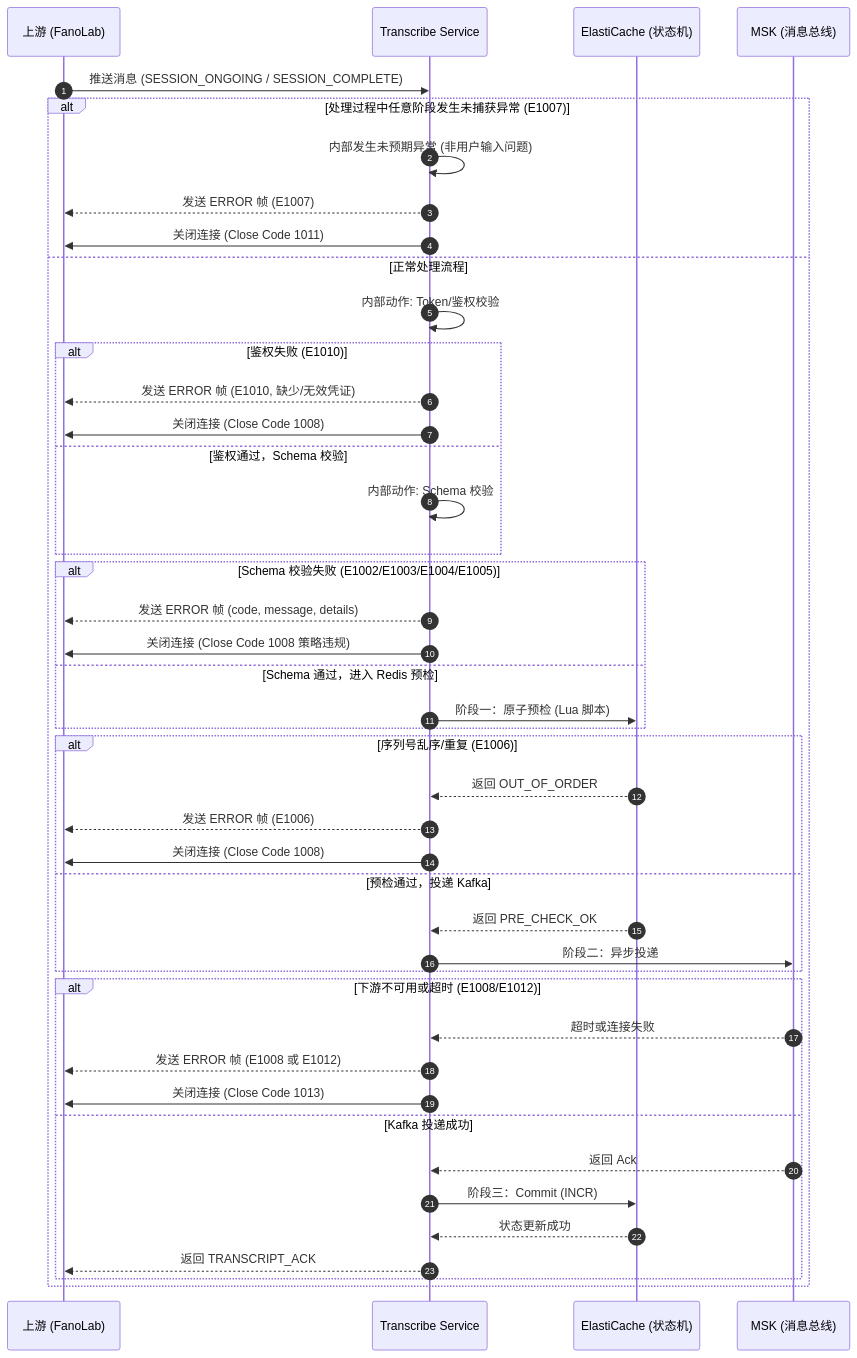
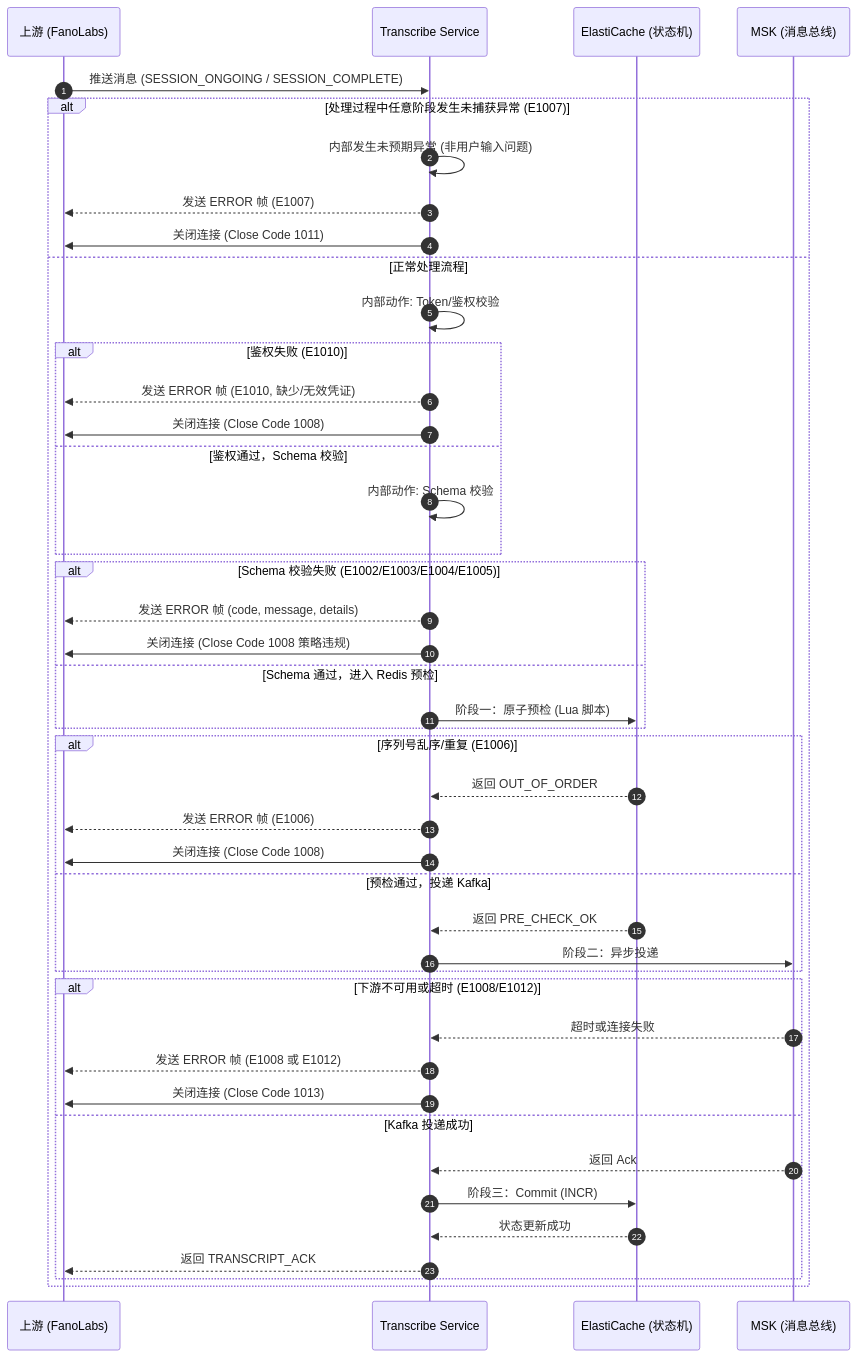
The fifth of 6 diagrams in transcribe service/application-design_zh.md (xiaodouya001/Docs), drawn with Mermaid before and after one commit. The commit also changed other lines of this file and 1 other file, not shown here.

Commit message:
Corrected spelling of "FanoLab" to "FanoLabs" in multiple documents related to the Transcribe Service.

````diff
--- a/transcribe service/application-design_zh.md
+++ b/transcribe service/application-design_zh.md
@@ -189,51 +189,51 @@
 ```mermaid
 sequenceDiagram
     autonumber
-    participant Vendor as 上游 (FanoLab)
+    participant Vendor as 上游 (FanoLabs)
     participant Trans as Transcribe Service
     participant Redis as ElastiCache (状态机)
     participant Kafka as MSK (消息总线)
 
     Vendor->>Trans: 推送消息 (SESSION_ONGOING / SESSION_COMPLETE)
 
     alt 处理过程中任意阶段发生未捕获异常 (E1007)
         Trans->>Trans: 内部发生未预期异常 (非用户输入问题)
         Trans-->>Vendor: 发送 ERROR 帧 (E1007)
         Trans->>Vendor: 关闭连接 (Close Code 1011)
     else 正常处理流程
         Trans->>Trans: 内部动作: Token/鉴权校验
         alt 鉴权失败 (E1010)
             Trans-->>Vendor: 发送 ERROR 帧 (E1010, 缺少/无效凭证)
             Trans->>Vendor: 关闭连接 (Close Code 1008)
         else 鉴权通过，Schema 校验
             Trans->>Trans: 内部动作: Schema 校验
         end
 
         alt Schema 校验失败 (E1002/E1003/E1004/E1005)
             Trans-->>Vendor: 发送 ERROR 帧 (code, message, details)
             Trans->>Vendor: 关闭连接 (Close Code 1008 策略违规)
         else Schema 通过，进入 Redis 预检
             Trans->>Redis: 阶段一：原子预检 (Lua 脚本)
         end
 
         alt 序列号乱序/重复 (E1006)
             Redis-->>Trans: 返回 OUT_OF_ORDER
             Trans-->>Vendor: 发送 ERROR 帧 (E1006)
             Trans->>Vendor: 关闭连接 (Close Code 1008)
         else 预检通过，投递 Kafka
             Redis-->>Trans: 返回 PRE_CHECK_OK
             Trans->>Kafka: 阶段二：异步投递
         end
 
         alt 下游不可用或超时 (E1008/E1012)
             Kafka-->>Trans: 超时或连接失败
             Trans-->>Vendor: 发送 ERROR 帧 (E1008 或 E1012)
             Trans->>Vendor: 关闭连接 (Close Code 1013)
         else Kafka 投递成功
             Kafka-->>Trans: 返回 Ack
             Trans->>Redis: 阶段三：Commit (INCR)
             Redis-->>Trans: 状态更新成功
             Trans-->>Vendor: 返回 TRANSCRIPT_ACK
         end
     end
 ```
````
